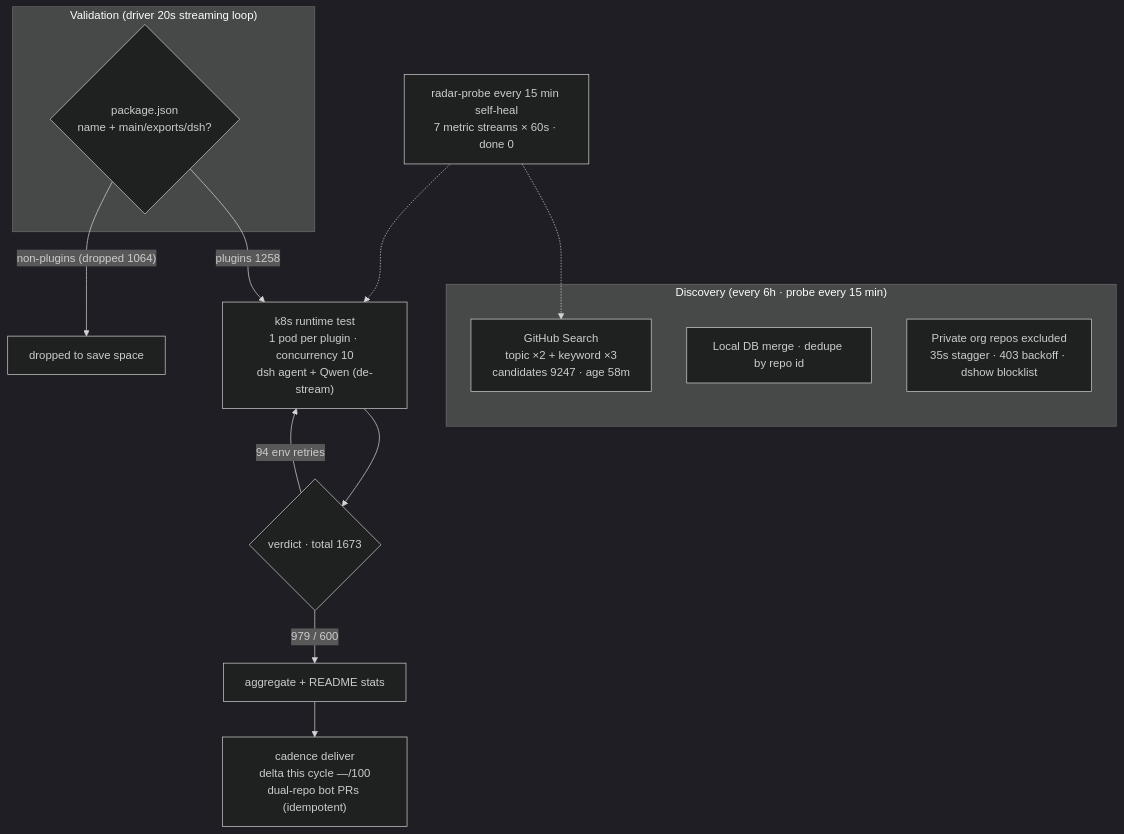
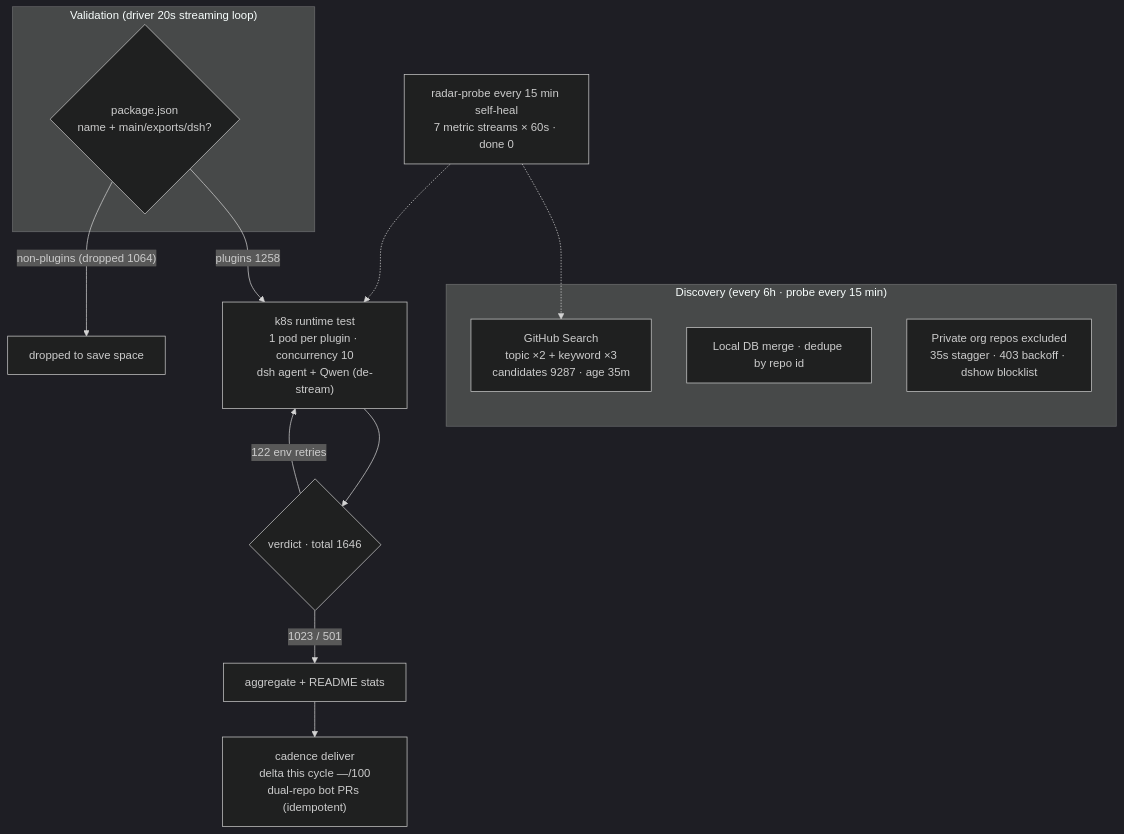
The diagram in README.en-US.md (Zhidao-Lab-OSS/awesome-dsh-plugins), drawn with Mermaid (dark theme) before and after one commit. The commit also changed other lines of this file and 4 other files, not shown here.

````diff
--- a/README.en-US.md
+++ b/README.en-US.md
@@ -28,19 +28,19 @@
 ```mermaid
 flowchart TB
     subgraph Discovery[" Discovery (every 6h · probe every 15 min)"]
-        A1["GitHub Search<br/>topic ×2 + keyword ×3<br/>candidates 9247 · age 58m"]
+        A1["GitHub Search<br/>topic ×2 + keyword ×3<br/>candidates 9287 · age 35m"]
         A2["Local DB merge · dedupe by repo id"]
         A3[" Private org repos excluded<br/>35s stagger · 403 backoff · dshow blocklist"]
     end
     subgraph Validation[" Validation (driver 20s streaming loop)"]
         B1{"package.json<br/>name + main/exports/dsh?"}
     end
     B1 -->|"plugins 1258"| C1["k8s runtime test<br/>1 pod per plugin · concurrency 10<br/>dsh agent + Qwen (de-stream)"]
     B1 -->|"non-plugins (dropped 1064)"| B3[" dropped to save space"]
-    C1 --> D1{"verdict · total 1673"}
-    D1 -->|" 979 /  600"| E1["aggregate + README stats"]
-    D1 -->|" 94 env retries"| C1
+    C1 --> D1{"verdict · total 1646"}
+    D1 -->|" 1023 /  501"| E1["aggregate + README stats"]
+    D1 -->|" 122 env retries"| C1
     E1 --> E2["cadence deliver<br/>delta this cycle —/100<br/>dual-repo bot PRs (idempotent)"]
     M[" radar-probe every 15 min self-heal<br/>7 metric streams × 60s · done 0"] -.-> A1
     M -.-> C1
 ```
````
